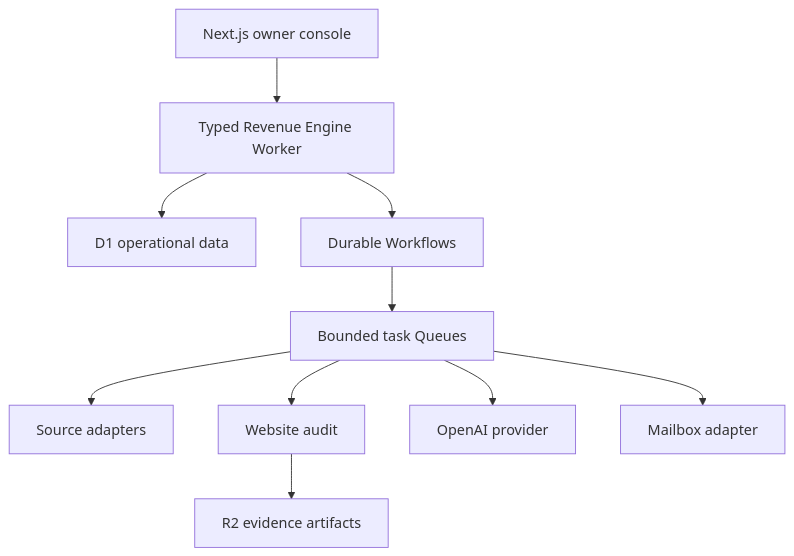
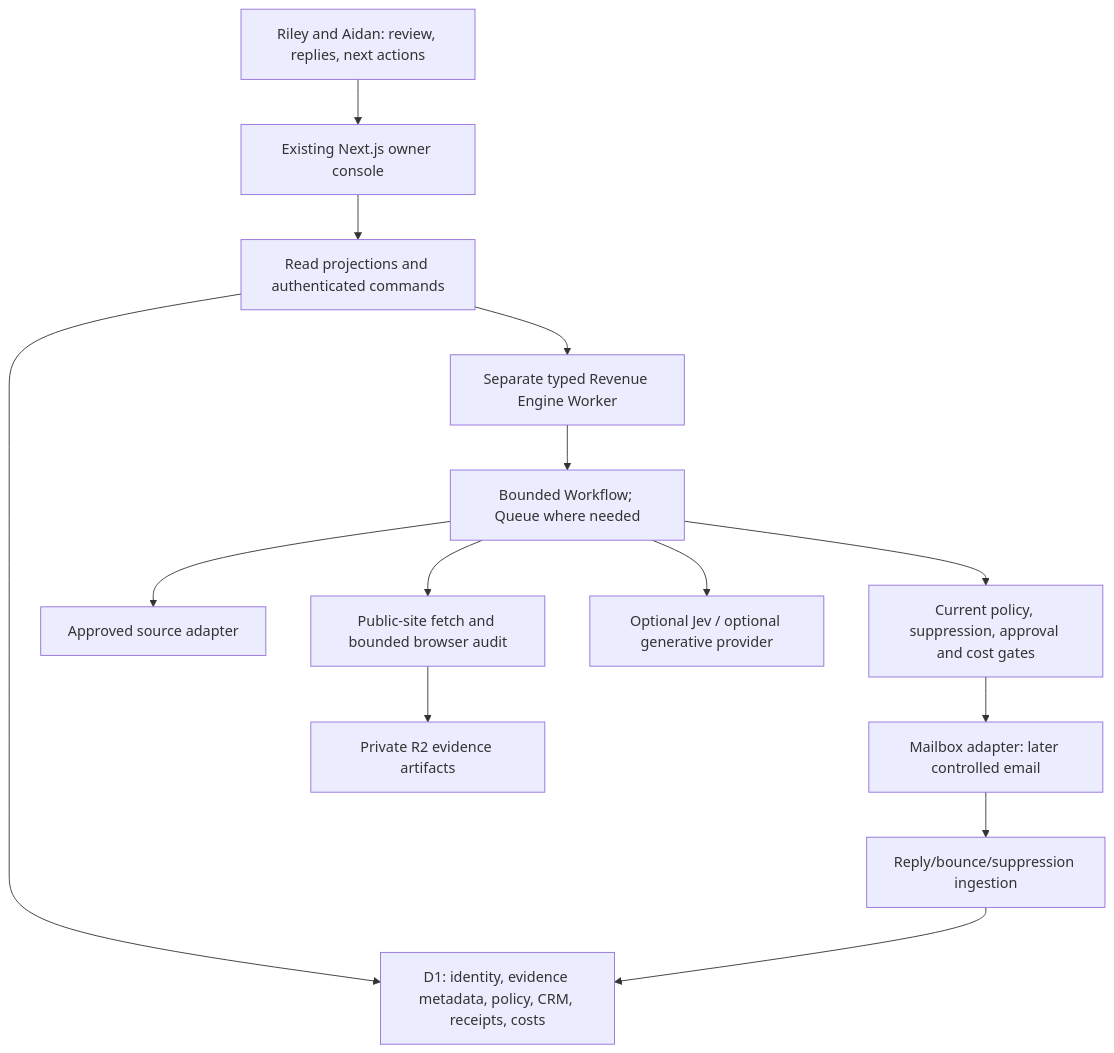
The diagram in docs/MASTER_PLAN.md (rileyhins17/axiom-revenue-engine), drawn with Mermaid before and after one commit. The commit also changed other lines of this file and 27 other files, not shown here.

Commit message:
docs: rebuild revenue engine master plan around complete owner workflows

````diff
--- a/docs/MASTER_PLAN.md
+++ b/docs/MASTER_PLAN.md
@@ -102,12 +77,16 @@
 ```mermaid
 flowchart TB
-  UI["Next.js owner console"] --> API["Typed Revenue Engine Worker"]
-  API --> DB["D1 operational data"]
-  API --> WF["Durable Workflows"]
-  WF --> Q["Bounded task Queues"]
-  Q --> SOURCE["Source adapters"]
-  Q --> AUDIT["Website audit"]
-  Q --> AI["OpenAI provider"]
-  Q --> MAIL["Mailbox adapter"]
-  AUDIT --> R2["R2 evidence artifacts"]
+  OWNER["Riley and Aidan: review, replies, next actions"] --> UI["Existing Next.js owner console"]
+  UI --> READ["Read projections and authenticated commands"]
+  READ --> DB["D1: identity, evidence metadata, policy, CRM, receipts, costs"]
+  READ --> ENGINE["Separate typed Revenue Engine Worker"]
+  ENGINE --> FLOW["Bounded Workflow; Queue where needed"]
+  FLOW --> SOURCE["Approved source adapter"]
+  FLOW --> AUDIT["Public-site fetch and bounded browser audit"]
+  AUDIT --> R2["Private R2 evidence artifacts"]
+  FLOW --> DECISION["Optional Jev / optional generative provider"]
+  FLOW --> GATES["Current policy, suppression, approval and cost gates"]
+  GATES --> MAIL["Mailbox adapter: later controlled email"]
+  MAIL --> REPLY["Reply/bounce/suppression ingestion"]
+  REPLY --> DB
 ```
````
